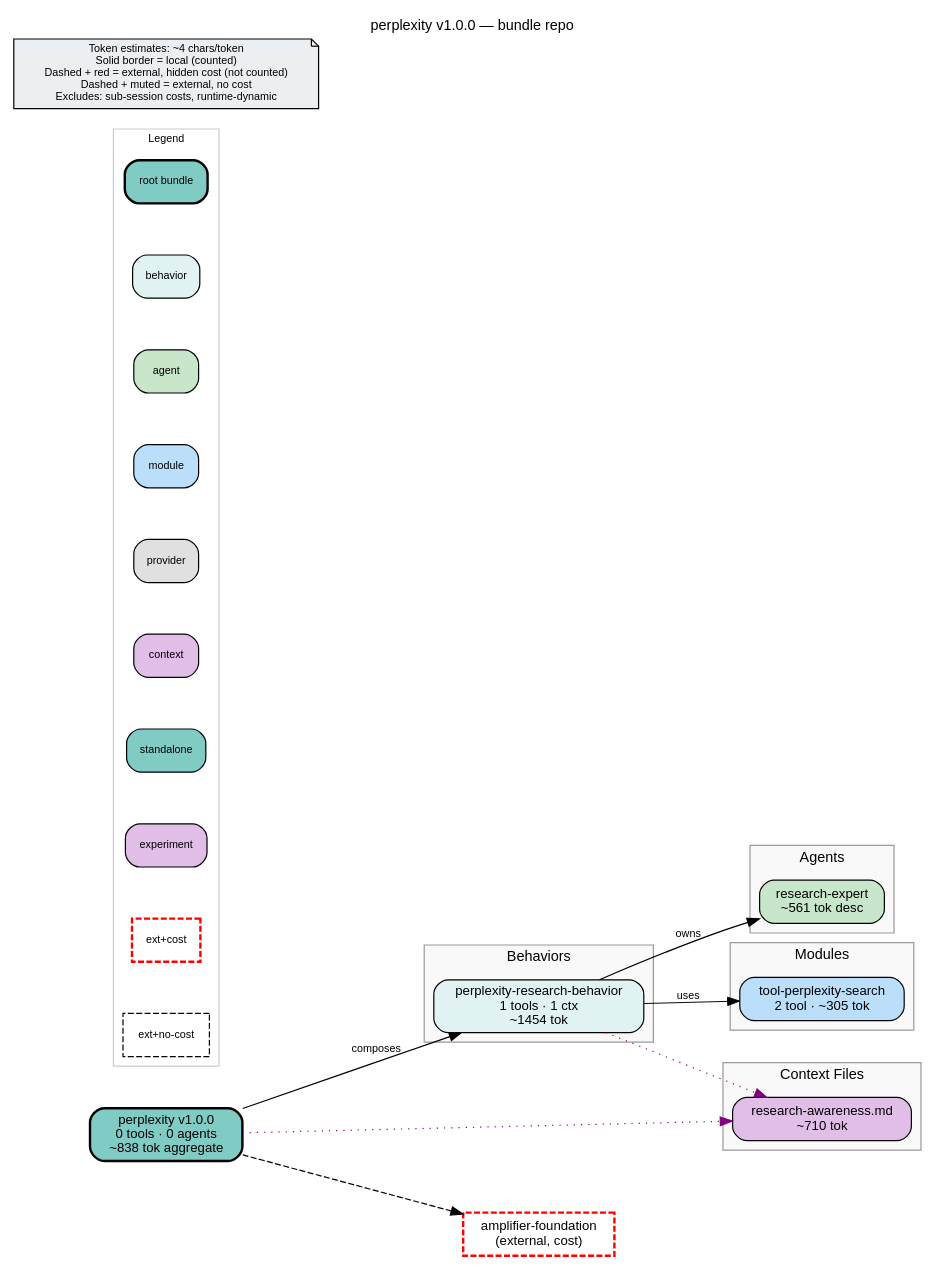
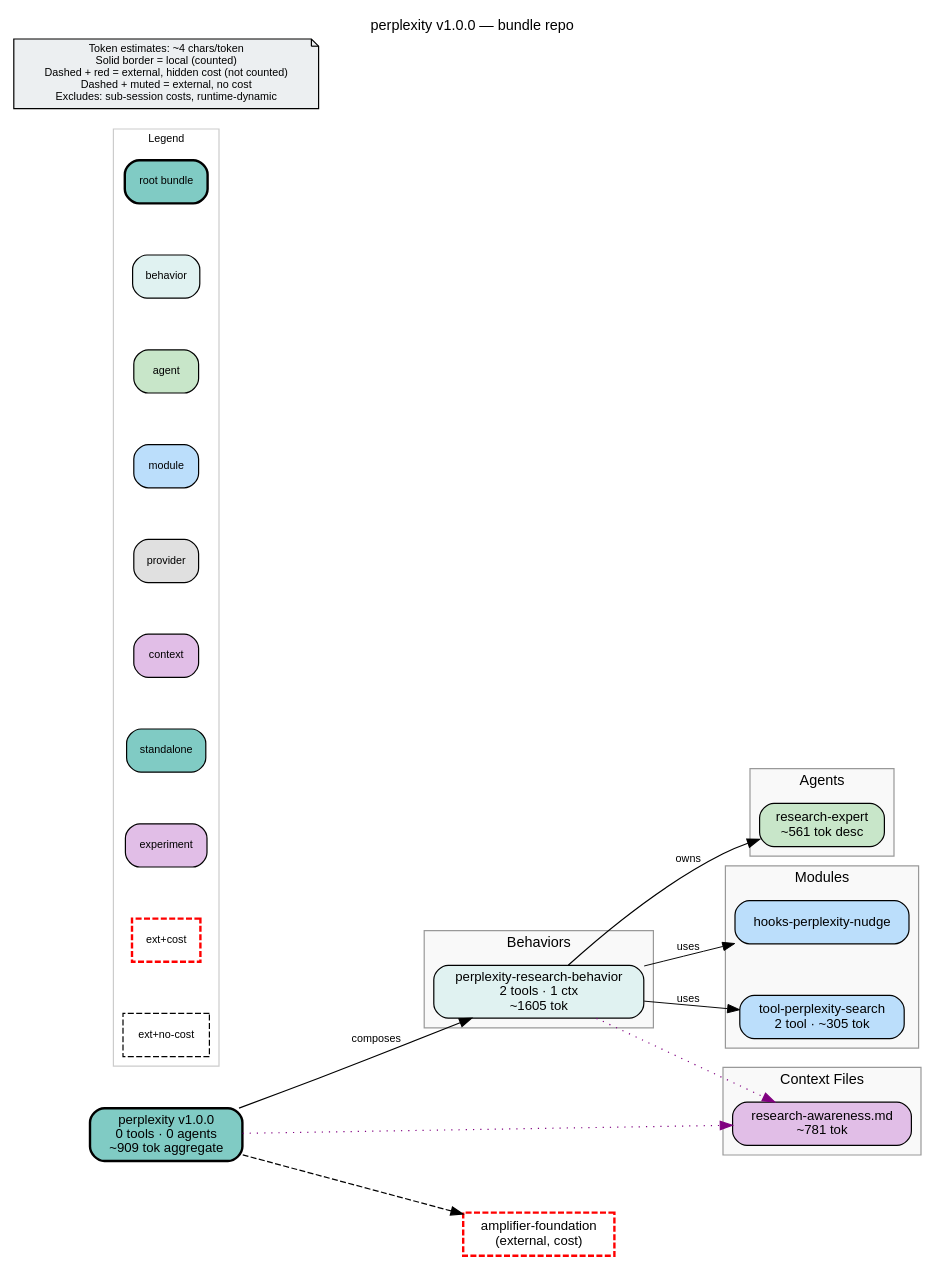
Before and after one commit to colombod/amplifier-bundle-perplexity: the diagram in bundle.dot, drawn with Graphviz. The commit also changed 13 other files, not shown here.

Commit message:
feat: add conservative stuck-detection nudge hook (suggest perplexity research when looping)

```diff
--- a/bundle.dot
+++ b/bundle.dot
@@ -1,83 +1,85 @@
 digraph perplexity {
     rankdir=LR
     fontname="Helvetica"
     fontsize=12
     label="perplexity v1.0.0 — bundle repo"
     labelloc=t
     labeljust=c
     nodesep=0.6
     ranksep=0.7
     bgcolor="white"
-    source_hash="32b1cdf4ea0cd489cf174f7c910abf9894faa8b661ca5bb56bd67aba21918789"
+    source_hash="f978b6b8b4368f40fb761f751ce84822c0816811e81c63aed460f5ecf36d89c3"
 
     node [fontname="Helvetica", fontsize=11, style="filled,rounded"]
     edge [fontname="Helvetica", fontsize=9]
 
-    root_perplexity [label="perplexity v1.0.0\n0 tools · 0 agents\n~838 tok aggregate", shape=box, fillcolor="#80cbc4", style="filled,rounded,bold", penwidth=2]
+    root_perplexity [label="perplexity v1.0.0\n0 tools · 0 agents\n~909 tok aggregate", shape=box, fillcolor="#80cbc4", style="filled,rounded,bold", penwidth=2]
 
     subgraph cluster_behaviors {
         label="Behaviors"
         style="filled"
         fillcolor="#f9f9f9"
         color="#999999"
 
-        beh_perplexity_research_behavior [label="perplexity-research-behavior\n1 tools · 1 ctx\n~1454 tok", shape=box, fillcolor="#e0f2f1", style="filled,rounded"]
+        beh_perplexity_research_behavior [label="perplexity-research-behavior\n2 tools · 1 ctx\n~1605 tok", shape=box, fillcolor="#e0f2f1", style="filled,rounded"]
     }
 
     subgraph cluster_agents {
         label="Agents"
         style="filled"
         fillcolor="#f9f9f9"
         color="#999999"
 
         agt_research_expert [label="research-expert\n~561 tok desc", shape=box, fillcolor="#c8e6c9", style="filled,rounded"]
     }
 
     subgraph cluster_modules {
         label="Modules"
         style="filled"
         fillcolor="#f9f9f9"
         color="#999999"
 
+        mod_hooks_perplexity_nudge [label="hooks-perplexity-nudge", shape=box, fillcolor="#bbdefb", style="filled,rounded"]
         mod_tool_perplexity_search [label="tool-perplexity-search\n2 tool · ~305 tok", shape=box, fillcolor="#bbdefb", style="filled,rounded"]
     }
 
     subgraph cluster_context {
         label="Context Files"
         style="filled"
         fillcolor="#f9f9f9"
         color="#999999"
 
-        ctx_research_awareness_md [label="research-awareness.md\n~710 tok", shape=box, fillcolor="#e1bee7", style="filled,rounded"]
+        ctx_research_awareness_md [label="research-awareness.md\n~781 tok", shape=box, fillcolor="#e1bee7", style="filled,rounded"]
     }
 
     subgraph cluster_legend {
         label="Legend"
         style="filled"
         fillcolor="white"
         color="#cccccc"
         fontsize=9
 
         leg_root [label="root bundle", shape=box, fillcolor="#80cbc4", style="filled,rounded,bold", fontsize=9]
         leg_behavior [label="behavior", shape=box, fillcolor="#e0f2f1", style="filled,rounded", fontsize=9]
         leg_agent [label="agent", shape=box, fillcolor="#c8e6c9", style="filled,rounded", fontsize=9]
         leg_module [label="module", shape=box, fillcolor="#bbdefb", style="filled,rounded", fontsize=9]
         leg_provider [label="provider", shape=box, fillcolor="#e0e0e0", style="filled,rounded", fontsize=9]
         leg_context [label="context", shape=box, fillcolor="#e1bee7", style="filled,rounded", fontsize=9]
         leg_standalone [label="standalone", shape=box, fillcolor="#80cbc4", style="filled,rounded", fontsize=9]
         leg_experiment [label="experiment", shape=box, fillcolor="#e1bee7", style="filled,rounded", fontsize=9]
         leg_ext_cost [label="ext+cost", shape=box, fillcolor="#80cbc4", style="dashed", color="red", penwidth=2, fontsize=9]
         leg_ext_muted [label="ext+no-cost", shape=box, fillcolor="#f5f5f5", style="dashed", fontsize=9]
     }
 
     disclaimer [label="Token estimates: ~4 chars/token\nSolid border = local (counted)\nDashed + red = external, hidden cost (not counted)\nDashed + muted = external, no cost\nExcludes: sub-session costs, runtime-dynamic", shape=note, fillcolor="#eceff1", style="filled", fontsize=9]
 
     ext_githttps___github_com_microsoft_amplifier_foundation_main [label="amplifier-foundation\n(external, cost)", shape=box, fillcolor="#80cbc4", style="dashed", color="red", penwidth=2]
 
     root_perplexity -> ext_githttps___github_com_microsoft_amplifier_foundation_main [style=dashed]
     root_perplexity -> beh_perplexity_research_behavior [label="composes"]
     beh_perplexity_research_behavior -> agt_research_expert [label="owns"]
     beh_perplexity_research_behavior -> mod_tool_perplexity_search [label="uses", penwidth=0.8]
+    beh_perplexity_research_behavior -> mod_hooks_perplexity_nudge [label="uses", penwidth=0.8]
     beh_perplexity_research_behavior -> ctx_research_awareness_md [style=dotted, color=purple]
     root_perplexity -> ctx_research_awareness_md [style=dotted, color=purple]
 }
```
